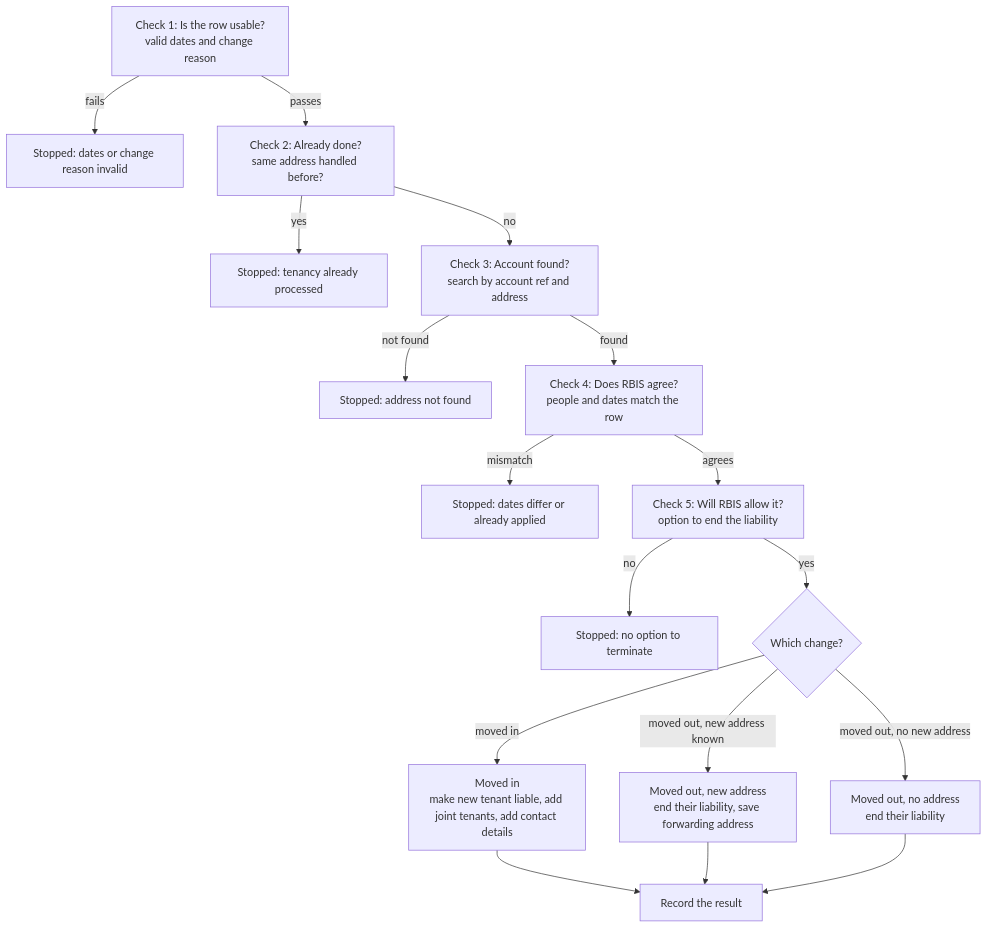
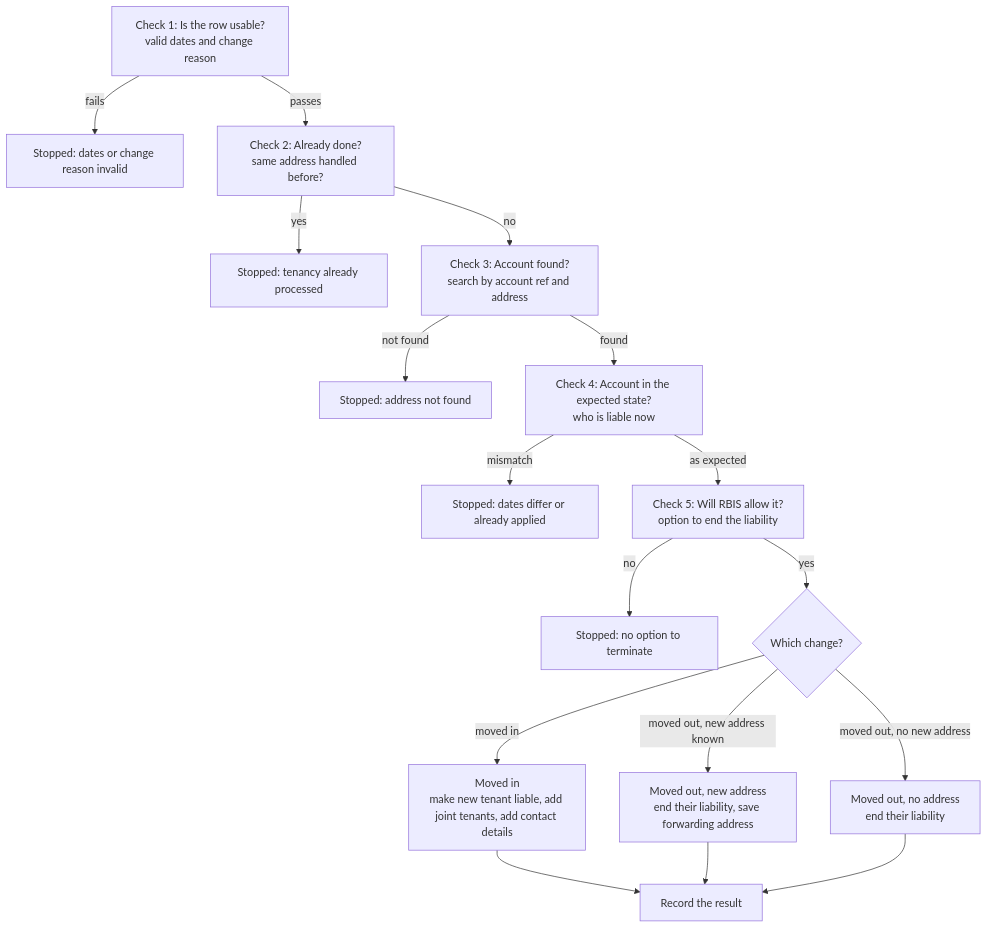
One commit to sgshaji/n8n-builder changed the second of 2 diagrams in docs/process/HARSLL-uipath-process.md. Above: the diagram before and after it, drawn with Mermaid. The commit also changed other lines of this file and 3 other files, not shown here.

````diff
--- a/docs/process/HARSLL-uipath-process.md
+++ b/docs/process/HARSLL-uipath-process.md
@@ -103,19 +103,19 @@
 ```mermaid
 flowchart TD
     C1[Check 1: Is the row usable?<br/>valid dates and change reason] -- fails --> X1[Stopped: dates or change reason invalid]
     C1 -- passes --> C2[Check 2: Already done?<br/>same address handled before?]
     C2 -- yes --> X2[Stopped: tenancy already processed]
     C2 -- no --> C3[Check 3: Account found?<br/>search by account ref and address]
     C3 -- not found --> X3[Stopped: address not found]
-    C3 -- found --> C4[Check 4: Does RBIS agree?<br/>people and dates match the row]
+    C3 -- found --> C4[Check 4: Account in the expected state?<br/>who is liable now]
     C4 -- mismatch --> X4[Stopped: dates differ or already applied]
-    C4 -- agrees --> C5[Check 5: Will RBIS allow it?<br/>option to end the liability]
+    C4 -- as expected --> C5[Check 5: Will RBIS allow it?<br/>option to end the liability]
     C5 -- no --> X5[Stopped: no option to terminate]
     C5 -- yes --> D{Which change?}
     D -- moved in --> P1[Moved in<br/>make new tenant liable, add joint tenants, add contact details]
     D -- moved out, new address known --> P2[Moved out, new address<br/>end their liability, save forwarding address]
     D -- moved out, no new address --> P3[Moved out, no address<br/>end their liability]
     P1 --> L[Record the result]
     P2 --> L
     P3 --> L
 ```
````
